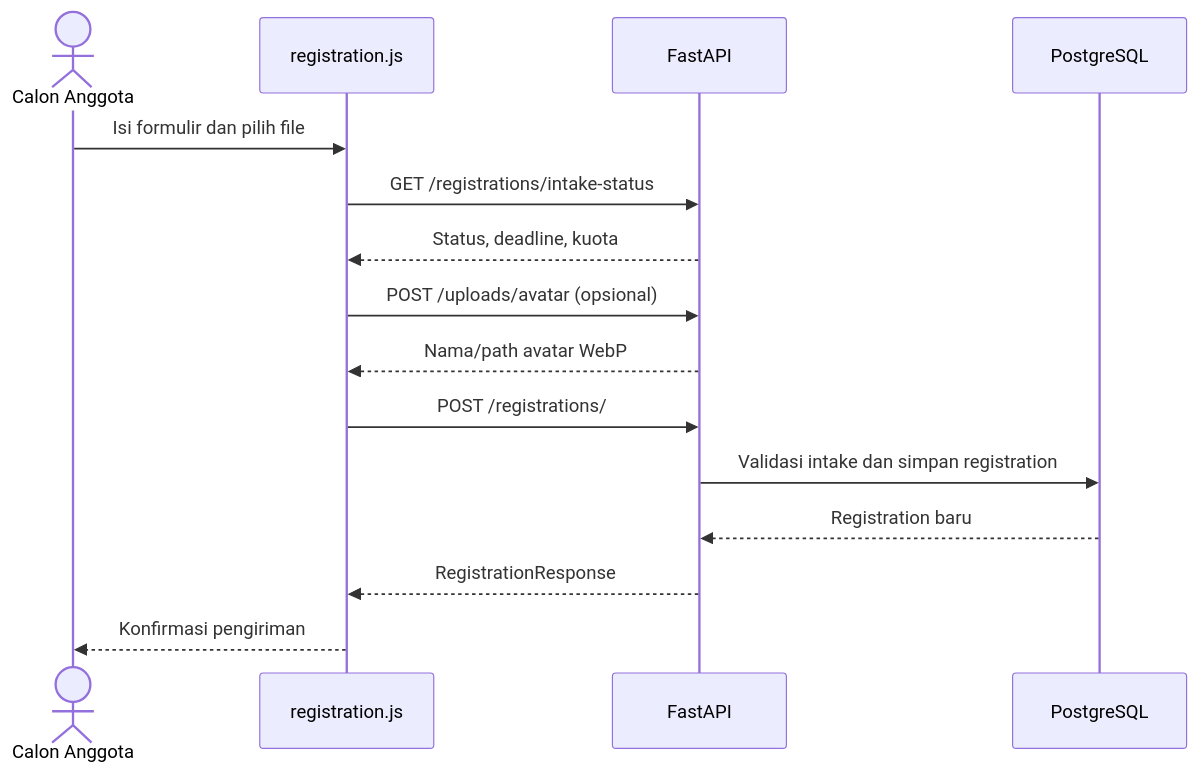
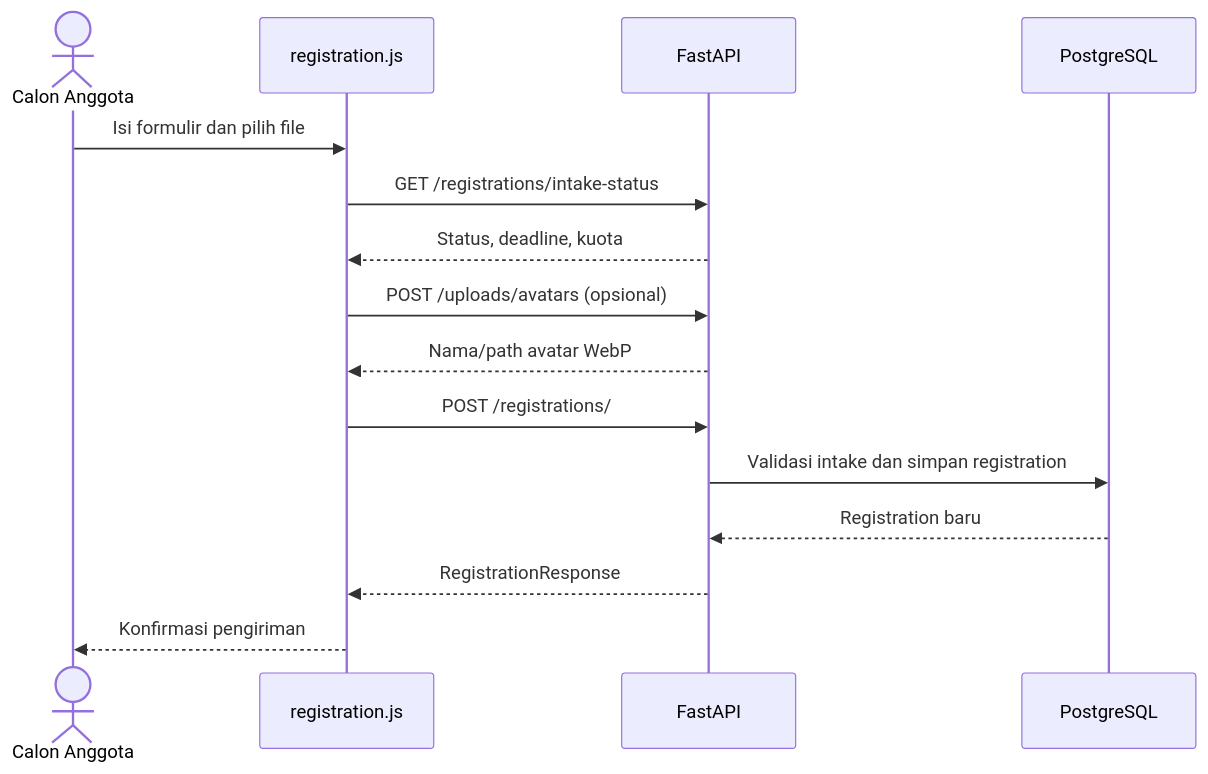
The fourth of 4 diagrams in docs/SKPL.md (ksm-aiot-upnvj/orion-backend), drawn with Mermaid before and after one commit. The commit also changed other lines of this file and 14 other files, not shown here.

````diff
--- a/docs/SKPL.md
+++ b/docs/SKPL.md
@@ -198,17 +198,17 @@
 ```mermaid
 sequenceDiagram
     actor Applicant as Calon Anggota
     participant UI as registration.js
     participant API as FastAPI
     participant DB as PostgreSQL
     Applicant->>UI: Isi formulir dan pilih file
     UI->>API: GET /registrations/intake-status
     API-->>UI: Status, deadline, kuota
-    UI->>API: POST /uploads/avatar (opsional)
+    UI->>API: POST /uploads/avatars (opsional)
     API-->>UI: Nama/path avatar WebP
     UI->>API: POST /registrations/
     API->>DB: Validasi intake dan simpan registration
     DB-->>API: Registration baru
     API-->>UI: RegistrationResponse
     UI-->>Applicant: Konfirmasi pengiriman
 ```
````
